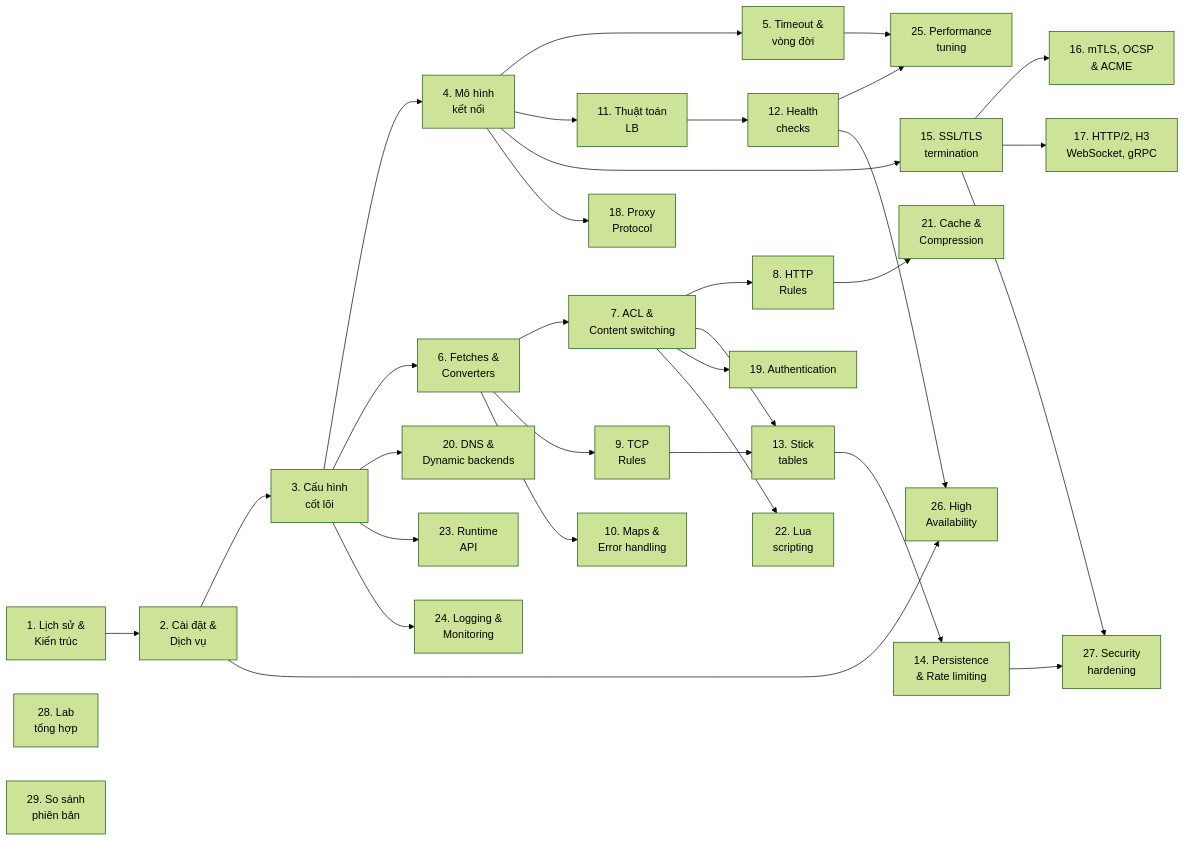
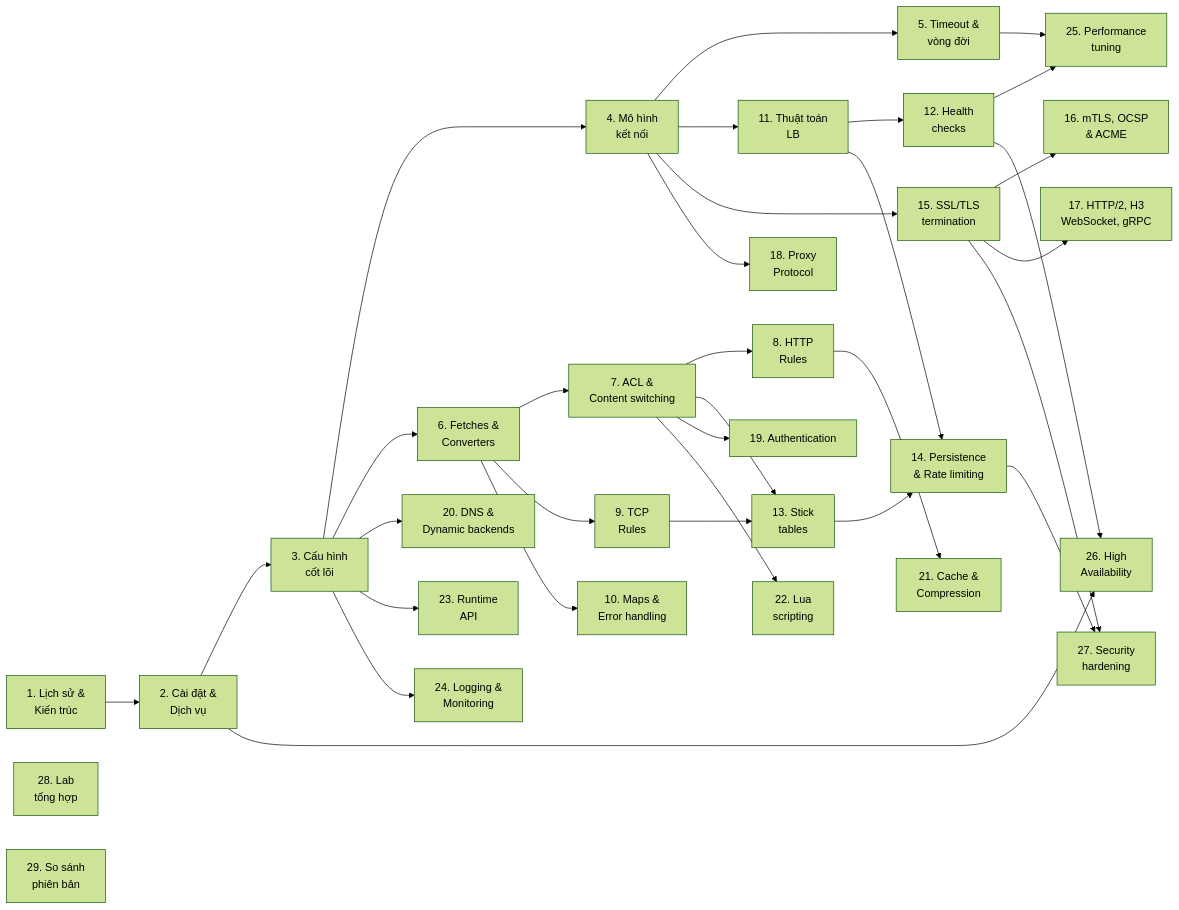
One commit to volehuy1998/network-onboard changed the diagram in haproxy-onboard/README.md. Above: the diagram before and after it, drawn with Mermaid (forest theme). The commit also changed other lines of this file, not shown here.

````diff
--- a/haproxy-onboard/README.md
+++ b/haproxy-onboard/README.md
@@ -15,55 +15,56 @@
 ```mermaid
 graph LR
     P1["1. Lịch sử &<br/>Kiến trúc"]
     P2["2. Cài đặt &<br/>Dịch vụ"]
     P3["3. Cấu hình<br/>cốt lõi"]
     P4["4. Mô hình<br/>kết nối"]
     P5["5. Timeout &<br/>vòng đời"]
     P6["6. Fetches &<br/>Converters"]
     P7["7. ACL &<br/>Content switching"]
     P8["8. HTTP<br/>Rules"]
     P9["9. TCP<br/>Rules"]
     P10["10. Maps &<br/>Error handling"]
     P11["11. Thuật toán<br/>LB"]
     P12["12. Health<br/>checks"]
     P13["13. Stick<br/>tables"]
     P14["14. Persistence<br/>& Rate limiting"]
     P15["15. SSL/TLS<br/>termination"]
     P16["16. mTLS, OCSP<br/>& ACME"]
     P17["17. HTTP/2, H3<br/>WebSocket, gRPC"]
     P18["18. Proxy<br/>Protocol"]
     P19["19. Authentication"]
     P20["20. DNS &<br/>Dynamic backends"]
     P21["21. Cache &<br/>Compression"]
     P22["22. Lua<br/>scripting"]
     P23["23. Runtime<br/>API"]
     P24["24. Logging &<br/>Monitoring"]
     P25["25. Performance<br/>tuning"]
     P26["26. High<br/>Availability"]
     P27["27. Security<br/>hardening"]
     P28["28. Lab<br/>tổng hợp"]
     P29["29. So sánh<br/>phiên bản"]
 
     P1 --> P2 --> P3 --> P4 --> P5
     P3 --> P6 --> P7 --> P8
     P6 --> P9
     P6 --> P10
     P4 --> P11 --> P12
     P7 --> P13 --> P14
+    P11 --> P14
     P9 --> P13
     P4 --> P15 --> P16
     P15 --> P17
     P4 --> P18
     P7 --> P19
     P3 --> P20
     P8 --> P21
     P7 --> P22
     P3 --> P23
     P3 --> P24
     P5 --> P25
     P12 --> P25
     P2 --> P26
     P12 --> P26
     P14 --> P27
     P15 --> P27
 ```
````
